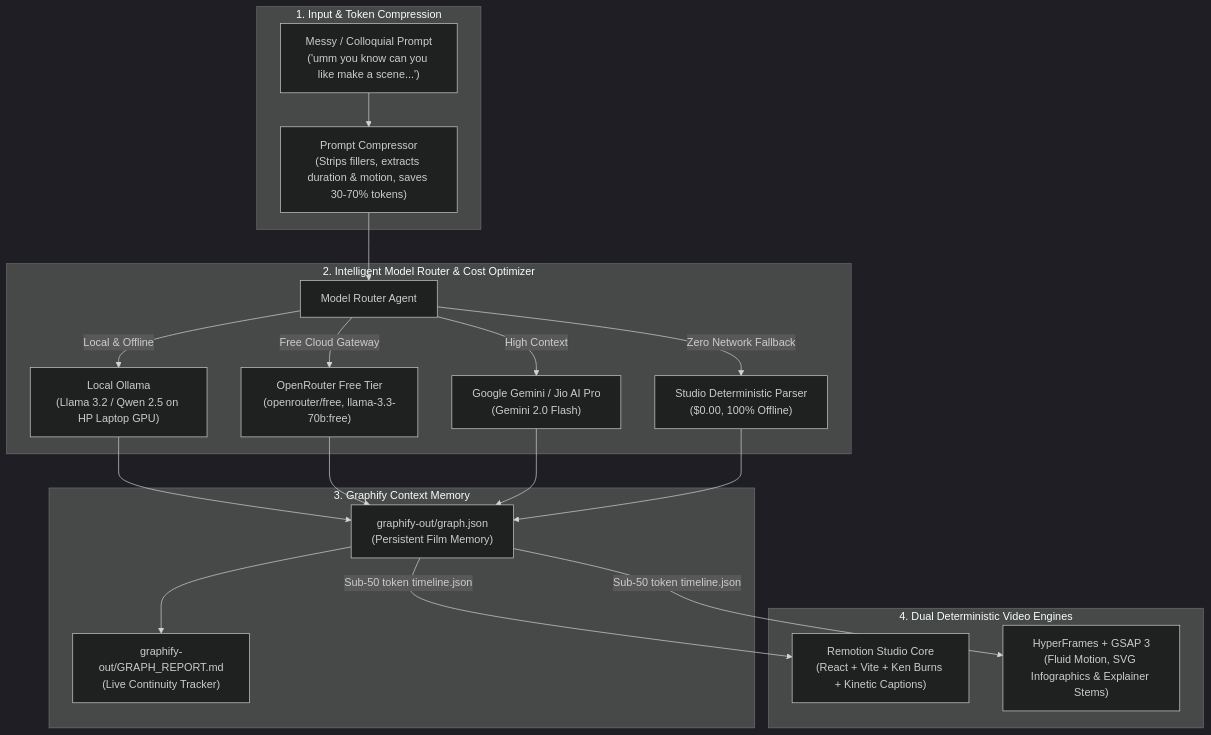
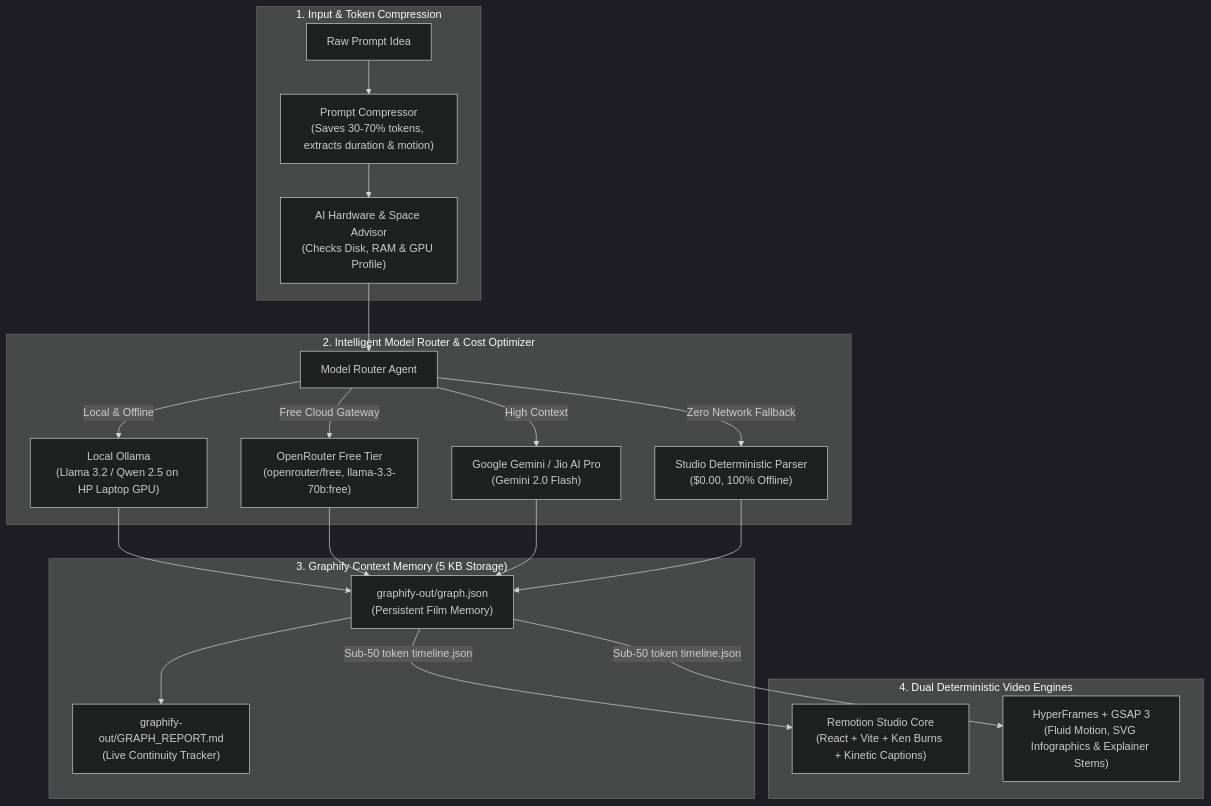
Before and after one commit to Bakulesh1Codes108/Complete-Local-Video-Studio-Engine-: the diagram in README.md, drawn with Mermaid (dark theme). The commit also changed other lines of this file and 6 other files, not shown here.

Commit message:
feat: add 1-click film quickstart, AI hardware & disk space advisor agent, and updated README

````diff
--- a/README.md
+++ b/README.md
@@ -26,34 +67,33 @@
 ```mermaid
 flowchart TD
     subgraph InputLayer ["1. Input & Token Compression"]
-        Raw["Messy / Colloquial Prompt<br>('umm you know can you like make a scene...')"]
-        Comp["Prompt Compressor<br>(Strips fillers, extracts duration & motion, saves 30-70% tokens)"]
-        Raw --> Comp
+        Raw["Raw Prompt Idea"] --> Comp["Prompt Compressor<br>(Saves 30-70% tokens, extracts duration & motion)"]
+        Comp --> Adv["AI Hardware & Space Advisor<br>(Checks Disk, RAM & GPU Profile)"]
     end
 
     subgraph RoutingLayer ["2. Intelligent Model Router & Cost Optimizer"]
         Router["Model Router Agent"]
-        Comp --> Router
+        Adv --> Router
         Router -->|Local & Offline| Ollama["Local Ollama<br>(Llama 3.2 / Qwen 2.5 on HP Laptop GPU)"]
         Router -->|Free Cloud Gateway| OR["OpenRouter Free Tier<br>(openrouter/free, llama-3.3-70b:free)"]
         Router -->|High Context| Gem["Google Gemini / Jio AI Pro<br>(Gemini 2.0 Flash)"]
         Router -->|Zero Network Fallback| Rule["Studio Deterministic Parser<br>($0.00, 100% Offline)"]
     end
 
-    subgraph MemoryLayer ["3. Graphify Context Memory"]
+    subgraph MemoryLayer ["3. Graphify Context Memory (5 KB Storage)"]
         G1["graphify-out/graph.json<br>(Persistent Film Memory)"]
         G2["graphify-out/GRAPH_REPORT.md<br>(Live Continuity Tracker)"]
         Ollama --> G1
         OR --> G1
         Gem --> G1
         Rule --> G1
         G1 --> G2
     end
 
     subgraph VideoEngines ["4. Dual Deterministic Video Engines"]
         R1["Remotion Studio Core<br>(React + Vite + Ken Burns + Kinetic Captions)"]
         H1["HyperFrames + GSAP 3<br>(Fluid Motion, SVG Infographics & Explainer Stems)"]
         G1 -->|Sub-50 token timeline.json| R1
         G1 -->|Sub-50 token timeline.json| H1
     end
 ```
````
